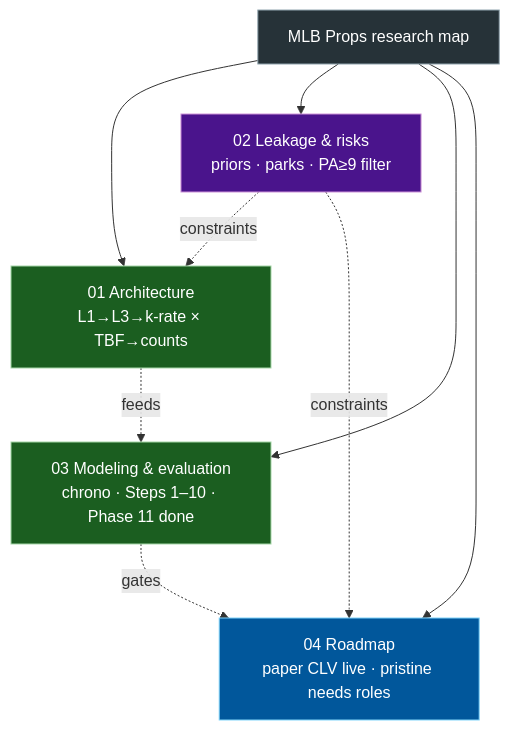
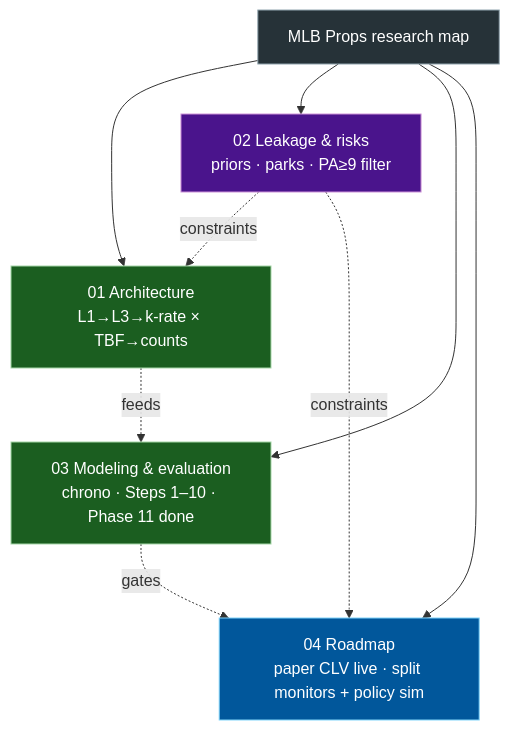
Before and after one commit to Cbkaplinger/MLB-Props: the diagram in docs/diagrams/00-index.md, drawn with Mermaid. The commit also changed other lines of this file and 64 other files, not shown here.

````diff
--- a/docs/diagrams/00-index.md
+++ b/docs/diagrams/00-index.md
@@ -6,26 +6,26 @@
 ```mermaid
 flowchart TB
   classDef built fill:#1b5e20,stroke:#a5d6a7,color:#fff
   classDef partial fill:#e65100,stroke:#ffcc80,color:#fff
   classDef missing fill:#b71c1c,stroke:#ef9a9a,color:#fff
   classDef risk fill:#4a148c,stroke:#ce93d8,color:#fff
   classDef next fill:#01579b,stroke:#81d4fa,color:#fff
   classDef index fill:#263238,stroke:#90a4ae,color:#fff
 
   IDX["MLB Props research map"]:::index
 
   A["01 Architecture<br/>L1→L3→k-rate × TBF→counts"]:::built
   B["02 Leakage & risks<br/>priors · parks · PA≥9 filter"]:::risk
   C["03 Modeling & evaluation<br/>chrono · Steps 1–10 · Phase 11 done"]:::built
-  D["04 Roadmap<br/>paper CLV live · pristine needs roles"]:::next
+  D["04 Roadmap<br/>paper CLV live · split monitors + policy sim"]:::next
 
   IDX --> A
   IDX --> B
   IDX --> C
   IDX --> D
 
   A -.->|"feeds"| C
   B -.->|"constraints"| A
   B -.->|"constraints"| D
   C -.->|"gates"| D
 ```
````
